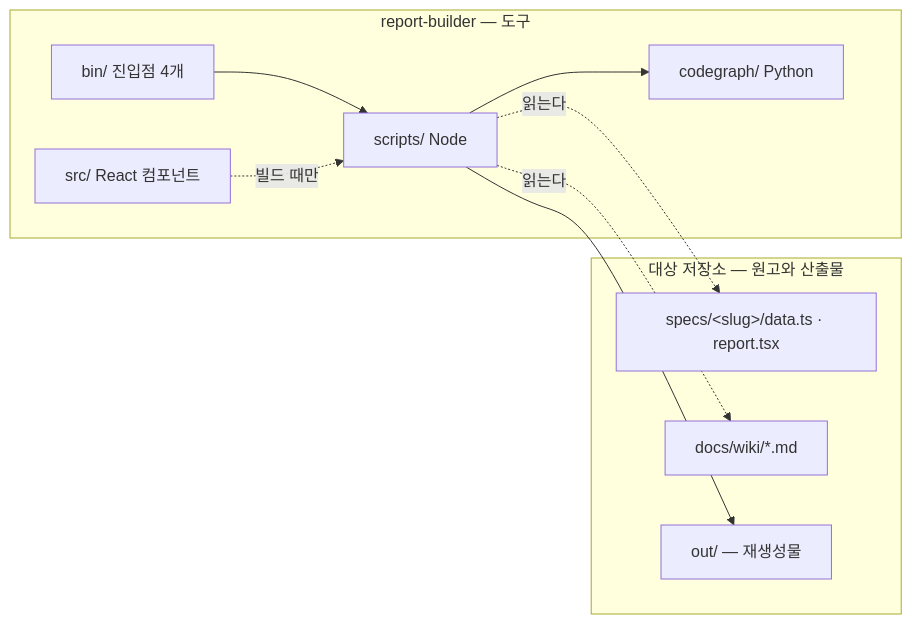
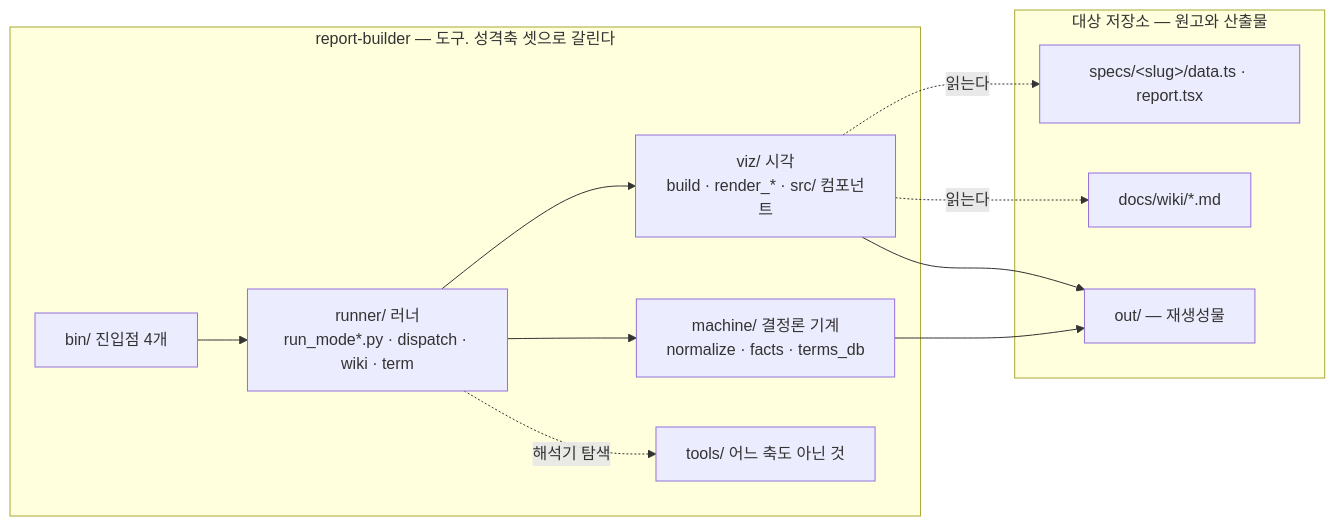
Before and after one commit to DogGuyMan/Agent-Report-Build-Pipeline: the first of 4 diagrams in ARCHITECTURE.md, drawn with Mermaid. The commit also changed other lines of this file and 15 other files, not shown here.

````diff
--- a/ARCHITECTURE.md
+++ b/ARCHITECTURE.md
@@ -25,19 +25,23 @@
 ```mermaid
 flowchart LR
-  subgraph RB["report-builder — 도구"]
+  subgraph RB["report-builder — 도구. 성격축 셋으로 갈린다"]
     BIN["bin/ 진입점 4개"]
-    SCR["scripts/ Node"]
-    CG["codegraph/ Python"]
-    SRC["src/ React 컴포넌트"]
+    RUN["runner/ 러너<br/>run_mode*.py · dispatch · wiki · term"]
+    MAC["machine/ 결정론 기계<br/>normalize · facts · terms_db"]
+    VIZ["viz/ 시각<br/>build · render_* · src/ 컴포넌트"]
+    TOO["tools/ 어느 축도 아닌 것"]
   end
   subgraph TGT["대상 저장소 — 원고와 산출물"]
     MS["specs/&lt;slug&gt;/data.ts · report.tsx"]
     WK["docs/wiki/*.md"]
     OUT["out/ — 재생성물"]
   end
-  BIN --> SCR --> CG
-  SCR -. 읽는다 .-> MS
-  SCR -. 읽는다 .-> WK
-  SCR --> OUT
-  SRC -. 빌드 때만 .-> SCR
+  BIN --> RUN
+  RUN --> MAC
+  RUN --> VIZ
+  RUN -. 해석기 탐색 .-> TOO
+  VIZ -. 읽는다 .-> MS
+  VIZ -. 읽는다 .-> WK
+  VIZ --> OUT
+  MAC --> OUT
 ```
````
